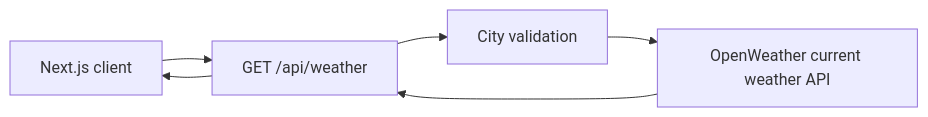
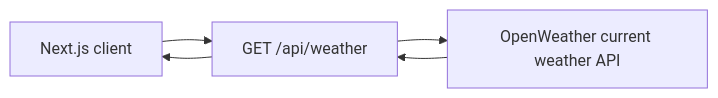
One commit to elliottfeltham/weather-dashboard changed the diagram in README.md. Above: the diagram before and after it, drawn with Mermaid. The commit also changed other lines of this file and 10 other files, not shown here.

````diff
--- a/README.md
+++ b/README.md
@@ -21,8 +18,7 @@
 ```mermaid
 flowchart LR
     B[Next.js client] --> R[GET /api/weather]
-    R --> V[City validation]
-    V --> O[OpenWeather current weather API]
+    R --> O[OpenWeather current weather API]
     O --> R
     R --> B
 ```
````
